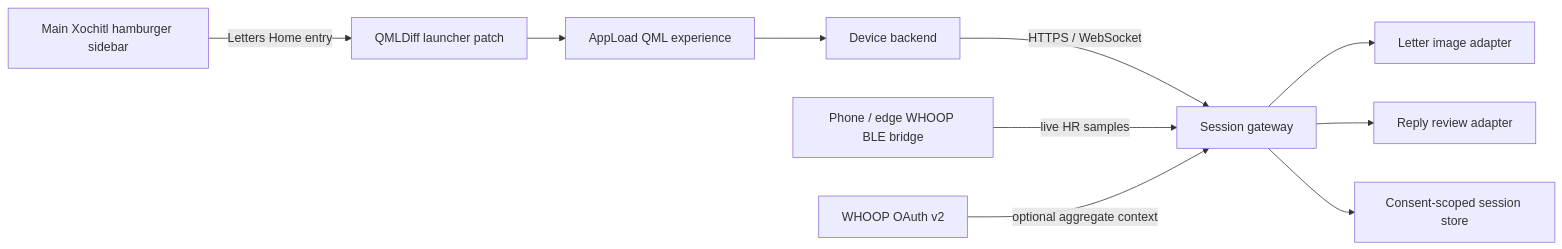
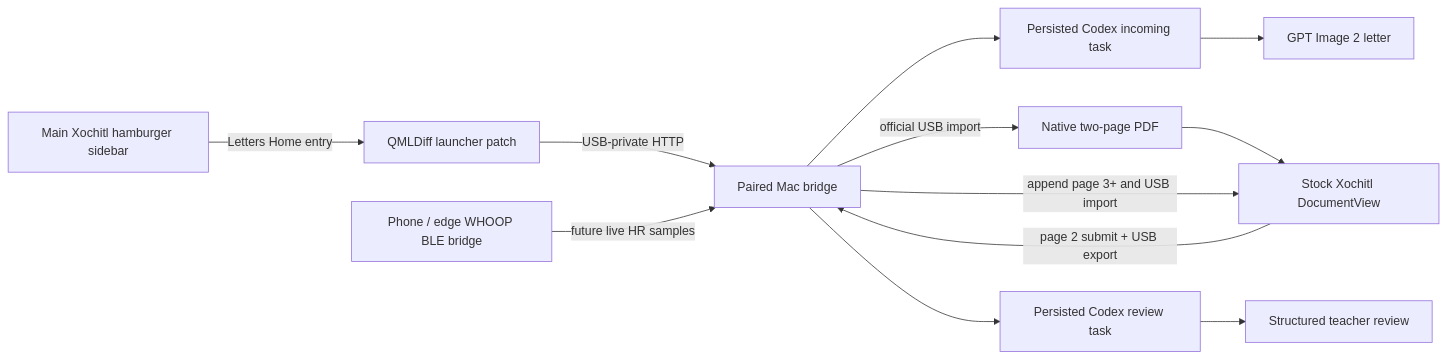
The diagram in docs/architecture.md (erniesg/if-letters-home-could-sing), drawn with Mermaid before and after one commit. The commit also changed other lines of this file and 28 other files, not shown here.

Commit message:
feat: add native Codex letter round trip

````diff
--- a/docs/architecture.md
+++ b/docs/architecture.md
@@ -12,12 +16,14 @@
 ```mermaid
 flowchart LR
     A["Main Xochitl hamburger sidebar"] -->|"Letters Home entry"| B["QMLDiff launcher patch"]
-    B --> C["AppLoad QML experience"]
-    C --> D["Device backend"]
-    D -->|"HTTPS / WebSocket"| E["Session gateway"]
-    E --> F["Letter image adapter"]
-    E --> G["Reply review adapter"]
-    H["Phone / edge WHOOP BLE bridge"] -->|"live HR samples"| E
-    I["WHOOP OAuth v2"] -->|"optional aggregate context"| E
-    E --> J["Consent-scoped session store"]
+    B -->|"USB-private HTTP"| C["Paired Mac bridge"]
+    C --> D["Persisted Codex incoming task"]
+    D --> E["GPT Image 2 letter"]
+    C -->|"official USB import"| F["Native two-page PDF"]
+    F --> G["Stock Xochitl DocumentView"]
+    G -->|"page 2 submit + USB export"| C
+    C --> H["Persisted Codex review task"]
+    H --> I["Structured teacher review"]
+    C -->|"append page 3+ and USB import"| G
+    J["Phone / edge WHOOP BLE bridge"] -->|"future live HR samples"| C
 ```
````
